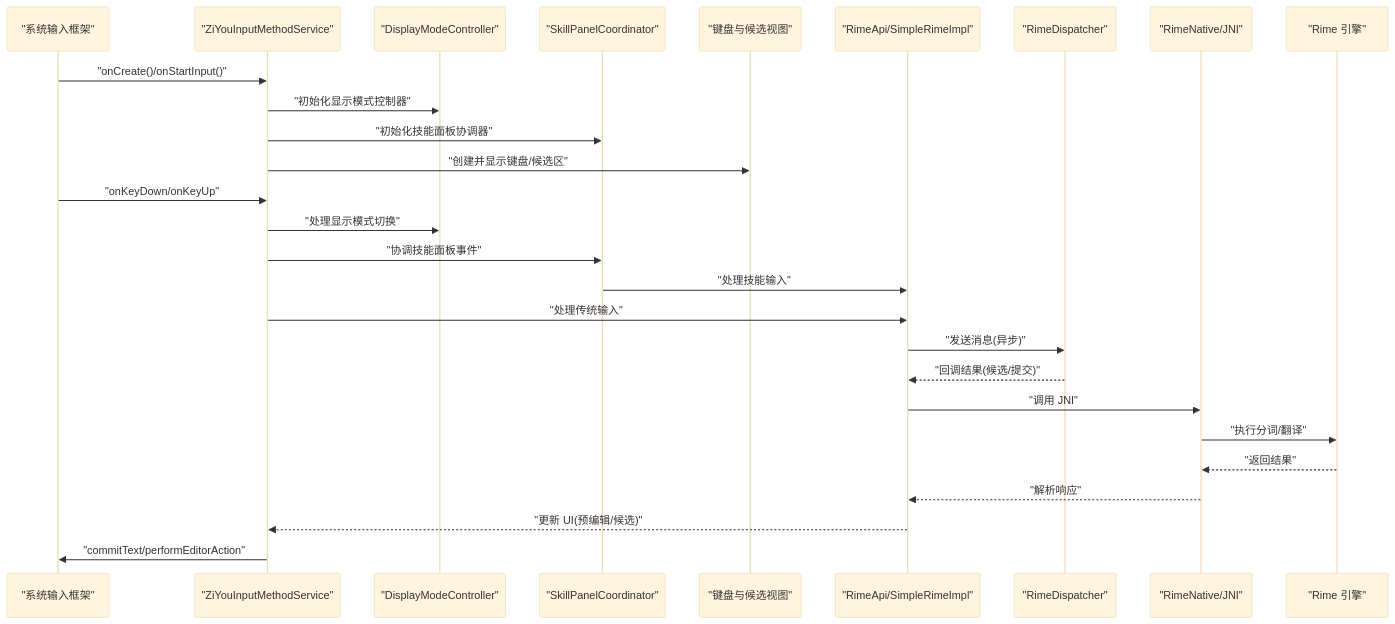
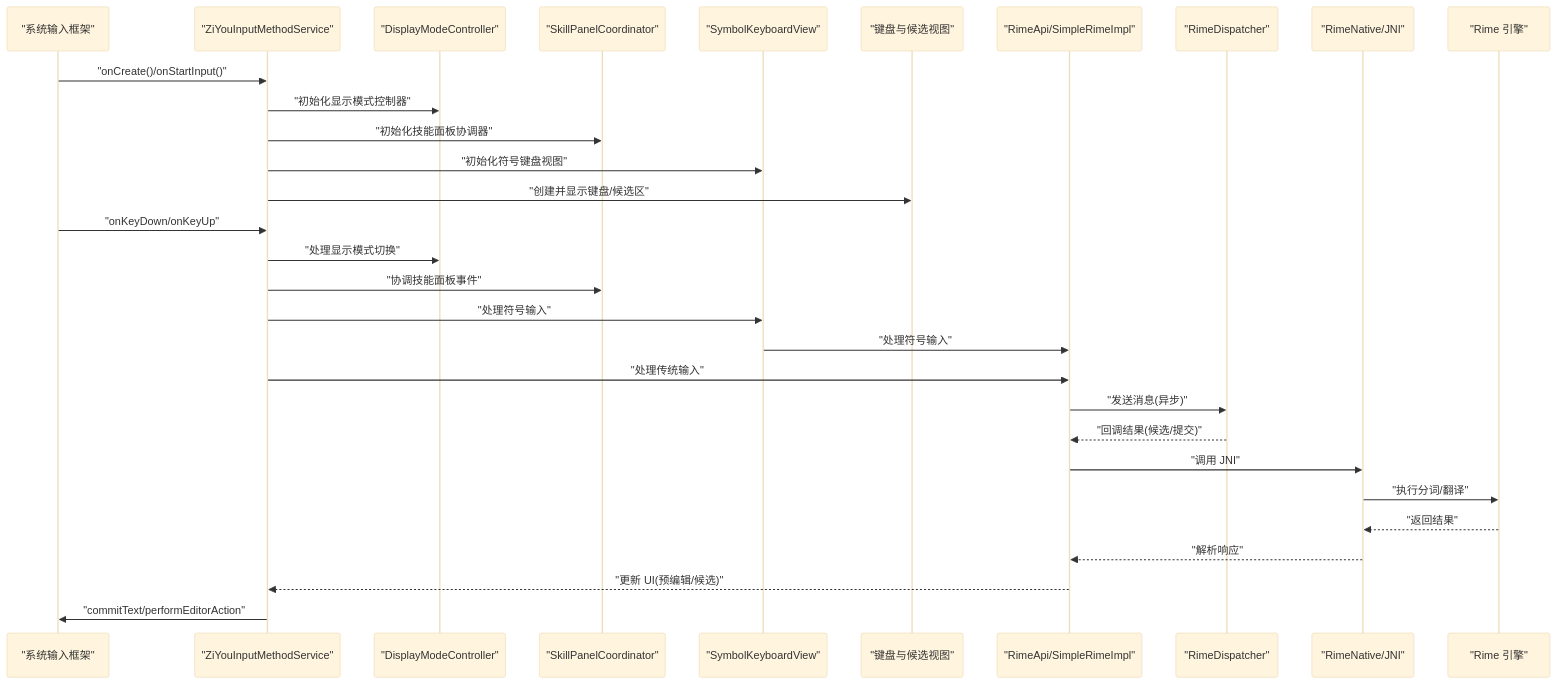
Before and after one commit to qiaodashaoye/ziyou-ime: the second of 6 diagrams in .qoder/repowiki/zh/content/输入法服务.md, drawn with Mermaid (base theme). The commit also changed other lines of this file and 4 other files, not shown here.

Commit message:
docs(repowiki): 同步 AI 面板/图片发送/符号键盘 架构文档

````diff
--- a/.qoder/repowiki/zh/content/输入法服务.md
+++ b/.qoder/repowiki/zh/content/输入法服务.md
@@ -175,29 +179,32 @@
 ```mermaid
 sequenceDiagram
 participant System as "系统输入框架"
 participant Service as "ZiYouInputMethodService"
 participant ModeController as "DisplayModeController"
 participant SkillCoordinator as "SkillPanelCoordinator"
+participant SymbolView as "SymbolKeyboardView"
 participant Views as "键盘与候选视图"
 participant Core as "RimeApi/SimpleRimeImpl"
 participant Dispatcher as "RimeDispatcher"
 participant Native as "RimeNative/JNI"
 participant Engine as "Rime 引擎"
 System->>Service : "onCreate()/onStartInput()"
 Service->>ModeController : "初始化显示模式控制器"
 Service->>SkillCoordinator : "初始化技能面板协调器"
+Service->>SymbolView : "初始化符号键盘视图"
 Service->>Views : "创建并显示键盘/候选区"
 System->>Service : "onKeyDown/onKeyUp"
 Service->>ModeController : "处理显示模式切换"
 Service->>SkillCoordinator : "协调技能面板事件"
-SkillCoordinator->>Core : "处理技能输入"
+Service->>SymbolView : "处理符号输入"
+SymbolView->>Core : "处理符号输入"
 Service->>Core : "处理传统输入"
 Core->>Dispatcher : "发送消息(异步)"
 Dispatcher-->>Core : "回调结果(候选/提交)"
 Core->>Native : "调用 JNI"
 Native->>Engine : "执行分词/翻译"
 Engine-->>Native : "返回结果"
 Native-->>Core : "解析响应"
 Core-->>Service : "更新 UI(预编辑/候选)"
 Service->>System : "commitText/performEditorAction"
 ```
````
